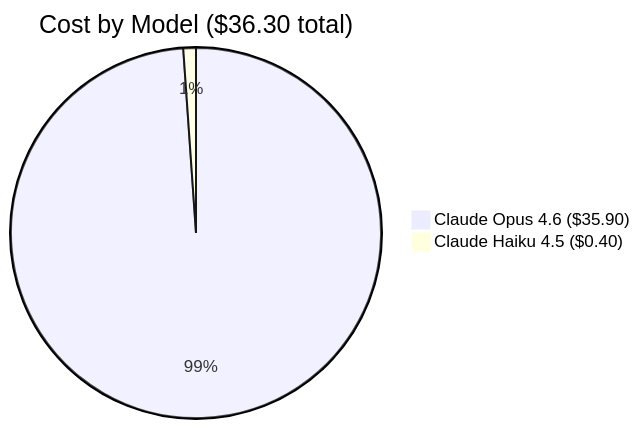
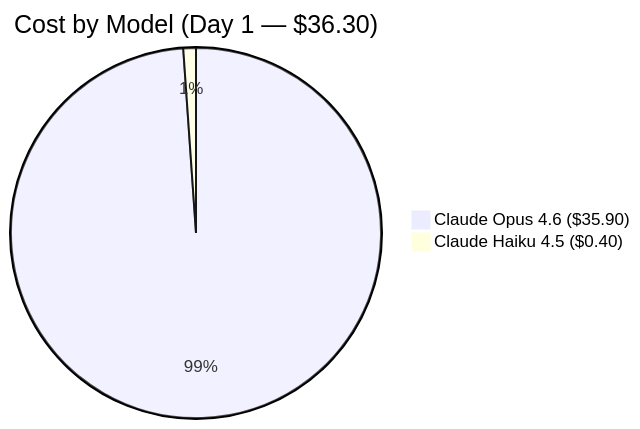
Before and after one commit to atlantdak/claude-code-hackathon-xbo-market-kit: the fourth of 7 diagrams in README.md, drawn with Mermaid. The commit also changed other lines of this file, not shown here.

First line of the commit message:
docs: update README with Day 2 metrics and MVP status

````diff
--- a/README.md
+++ b/README.md
@@ -94,5 +100,5 @@
 ```mermaid
-pie title Cost by Model ($36.30 total)
+pie title Cost by Model (Day 1 — $36.30)
     "Claude Opus 4.6 ($35.90)" : 3590
     "Claude Haiku 4.5 ($0.40)" : 40
 ```
````
